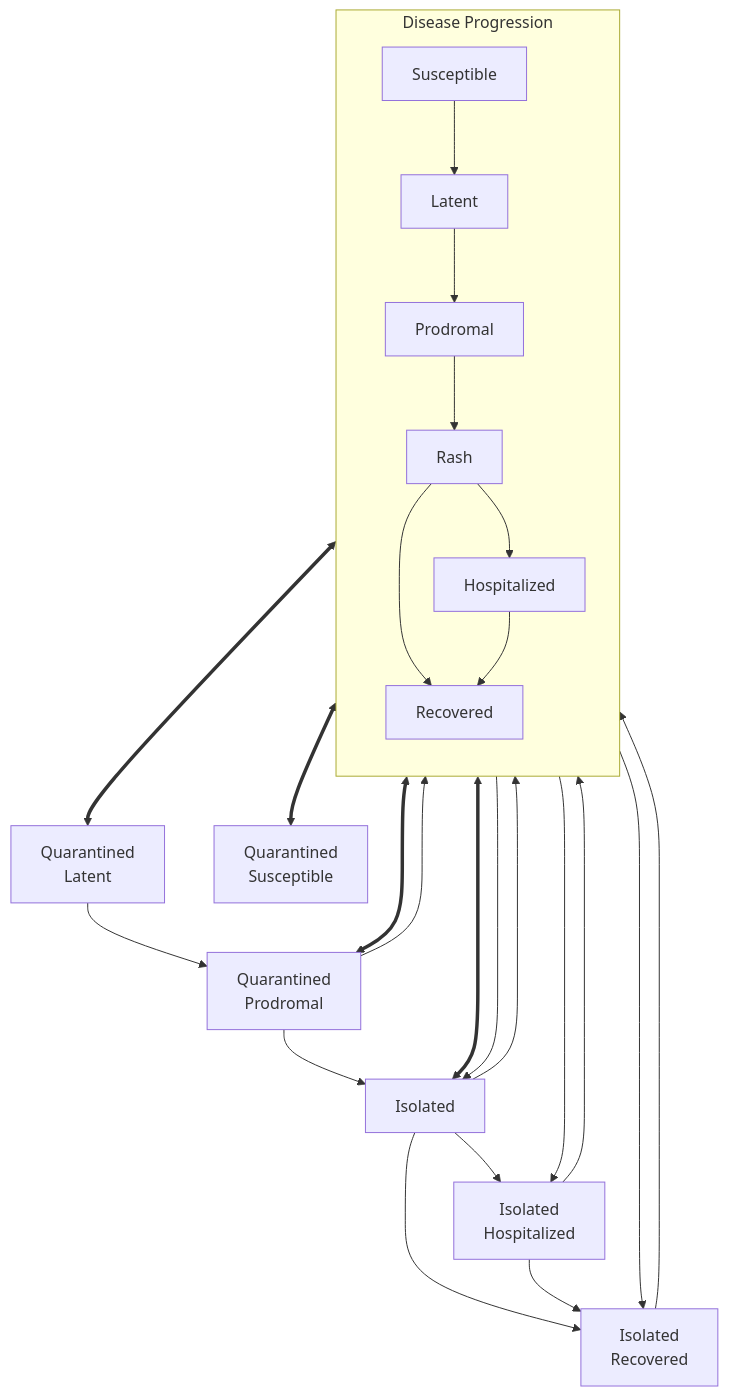
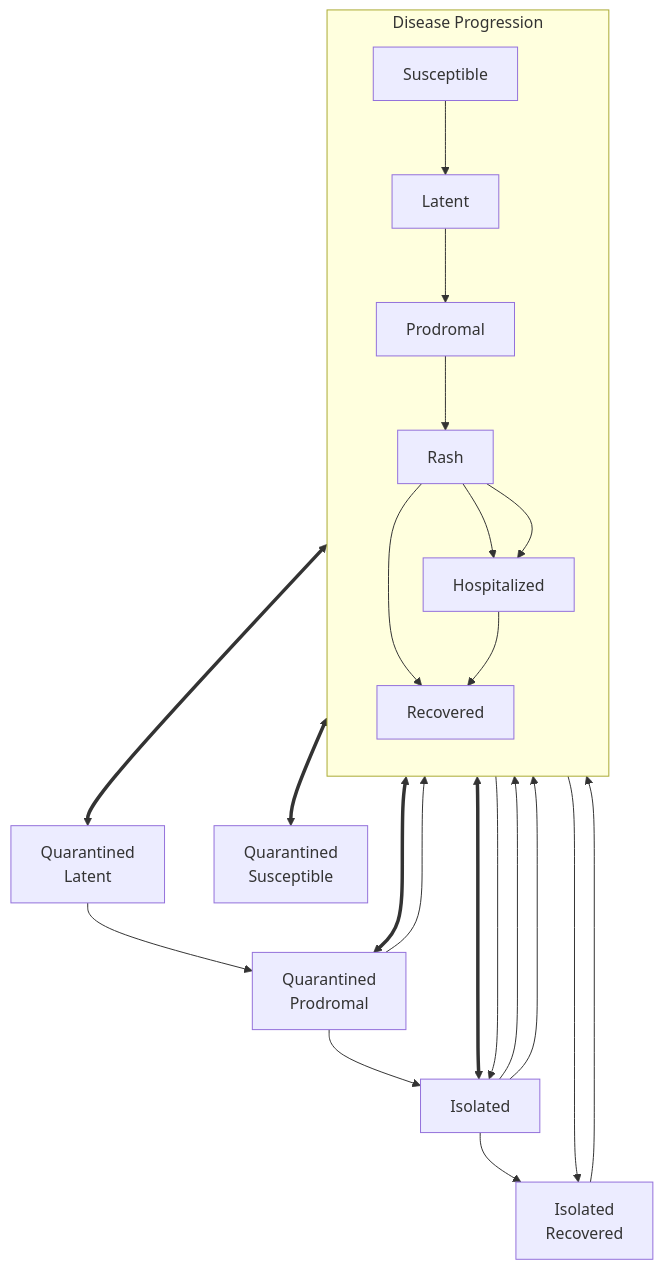
One commit to UofUEpiBio/epiworld changed the diagram in include/epiworld/models/measlesmixingriskquarantine.mmd. Above: the diagram before and after it, drawn with Mermaid. The commit also changed 28 other files, not shown here.

```diff
--- a/include/epiworld/models/measlesmixingriskquarantine.mmd
+++ b/include/epiworld/models/measlesmixingriskquarantine.mmd
@@ -1,54 +1,51 @@
 flowchart TB
 
     %% Disease progression states
     subgraph Main[Disease Progression]
         direction TB
         S[Susceptible]
         E[Latent]
         P[Prodromal]
         Ra[Rash]
         Re[Recovered]
         H[Hospitalized]
     end
 
     S --> E
     E --> P
     P --> Ra
     Ra --> Re
     
     Ra --> H
     H --> Re
 
     %% Quarantine states
     Qe[Quarantined<br>Latent]
     Qs[Quarantined<br>Susceptible]
     Qp[Quarantined<br>Prodromal]
     I[Isolated]
-    Ih[Isolated<br>Hospitalized]
     Ir[Isolated<br>Recovered]
 
     %% Isolation process
     Ra <==> I
     Ra --> Ir
-    Ra --> Ih
+    Ra --> H
     
     I --> Re
-    I --> Ih
+    I --> H
 
     I --> Ir
-    Ih --> Ir
-    Ih --> Re
     Ir --> Re
 
     %% Quarantine process
     S <==> Qs
     %% Qs --> S
 
     E <==> Qe
     Qe --> Qp
     Qp --> I
     Qp --> Ra
 
     P <==> Qp
 
     P --> I
```
